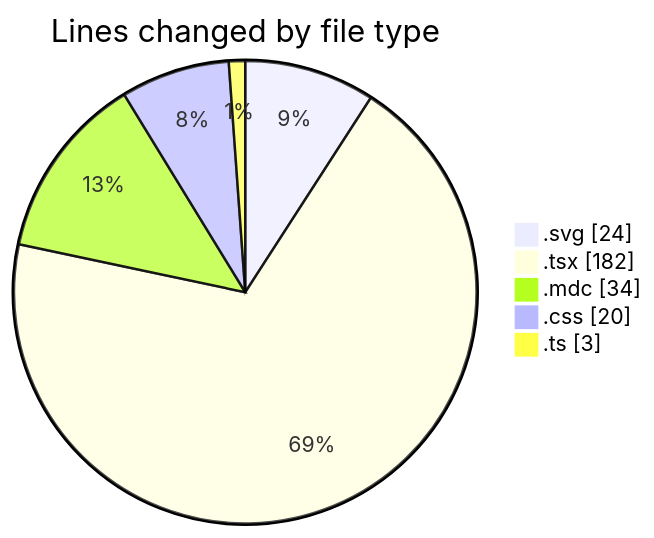
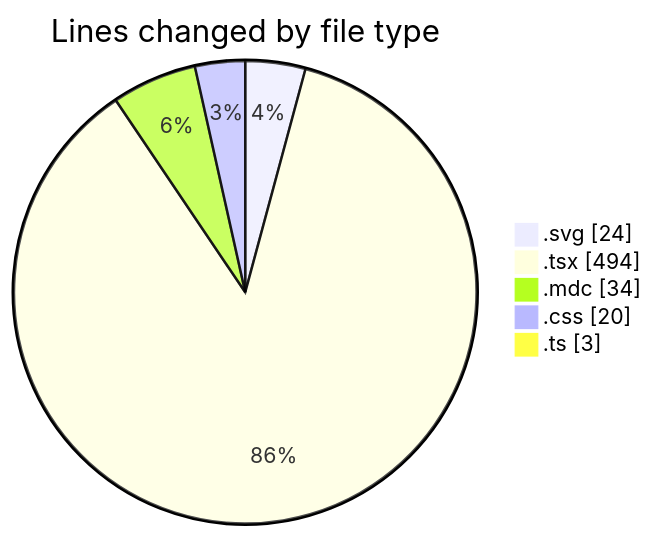
Before and after one commit to EIIisD/code-tracking: the first of 2 diagrams in 2025-07-18/ribbon/README.md, drawn with Mermaid. The commit also changed other lines of this file and 1 other file, not shown here.

````diff
--- a/2025-07-18/ribbon/README.md
+++ b/2025-07-18/ribbon/README.md
@@ -25,9 +25,9 @@
 ```mermaid
 pie showData
 title Lines changed by file type
 ".svg" : 24
-".tsx" : 182
+".tsx" : 494
 ".mdc" : 34
 ".css" : 20
 ".ts" : 3
 ```
````
